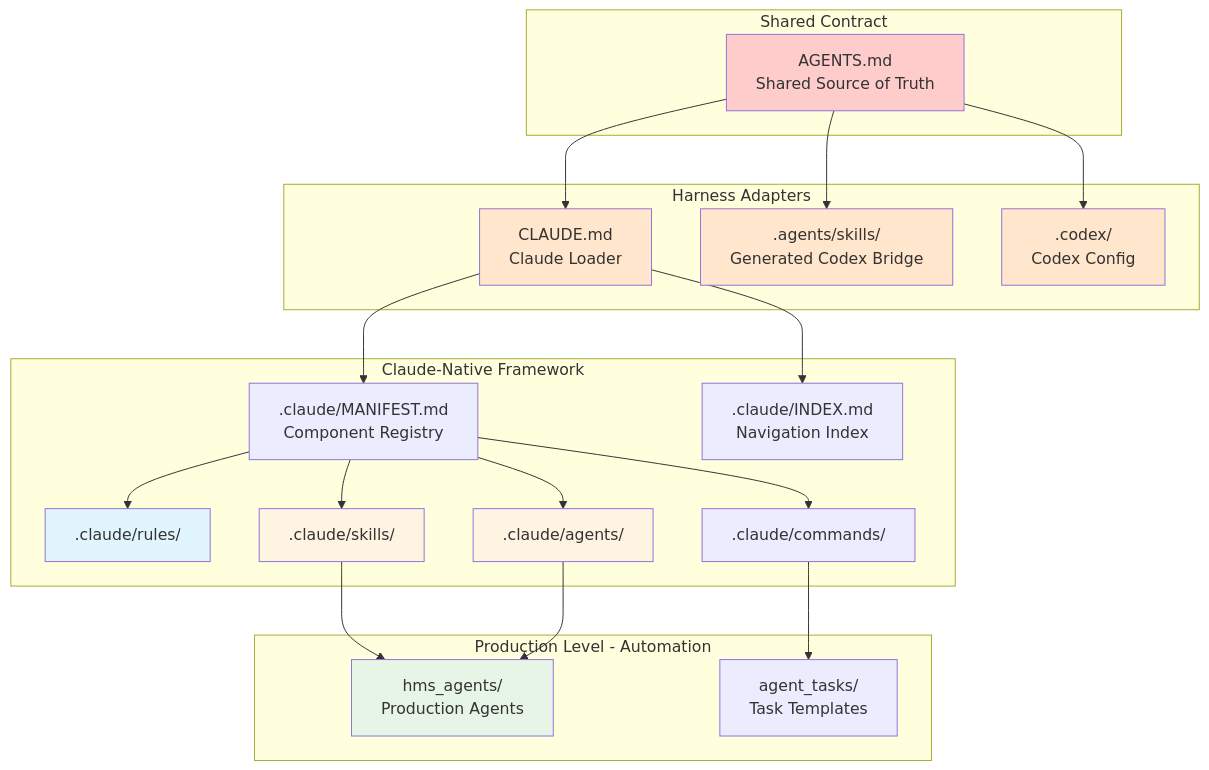
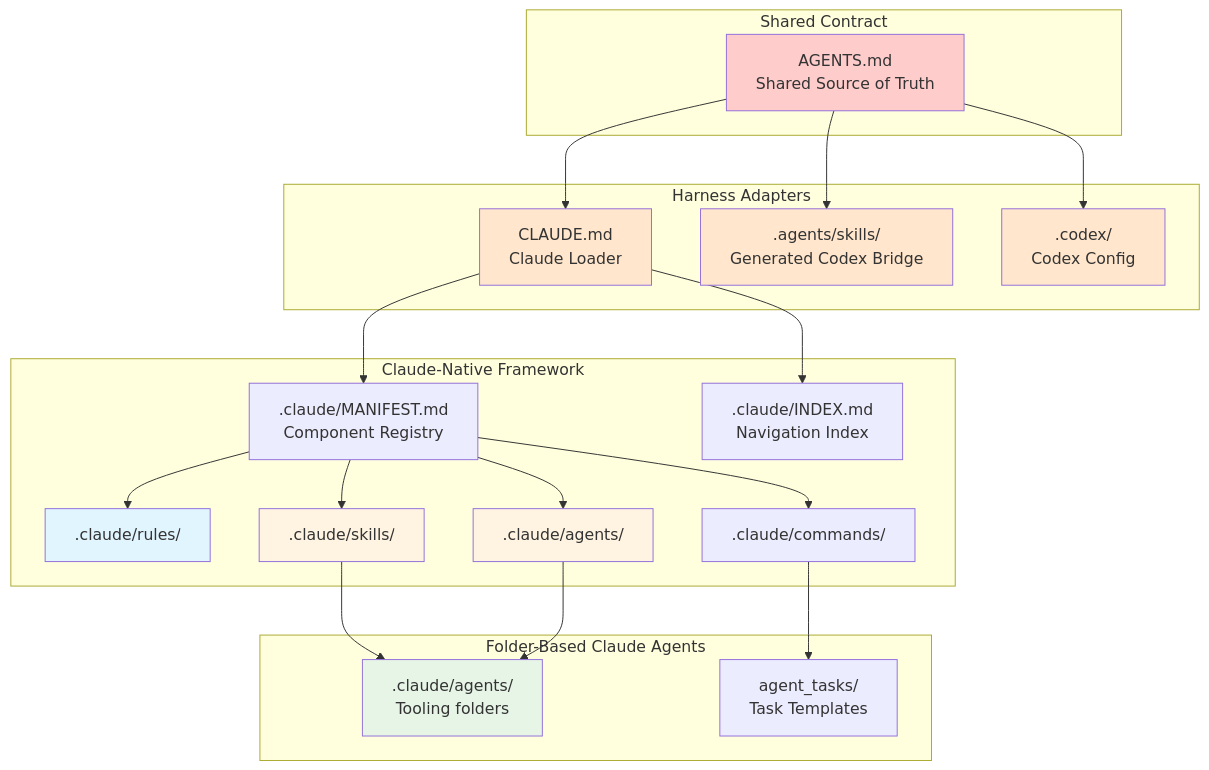
The first of 6 diagrams in docs/llm_dev/cognitive_architecture.md (gpt-cmdr/hms-commander), drawn with Mermaid before and after one commit. The commit also changed other lines of this file and 43 other files, not shown here.

````diff
--- a/docs/llm_dev/cognitive_architecture.md
+++ b/docs/llm_dev/cognitive_architecture.md
@@ -15,48 +15,48 @@
 ```mermaid
 graph TB
     subgraph "Shared Contract"
         A[AGENTS.md<br/>Shared Source of Truth]
     end
 
     subgraph "Harness Adapters"
         B[CLAUDE.md<br/>Claude Loader]
         C[.agents/skills/<br/>Generated Codex Bridge]
         D[.codex/<br/>Codex Config]
     end
 
     subgraph "Claude-Native Framework"
         E[.claude/MANIFEST.md<br/>Component Registry]
         F[.claude/INDEX.md<br/>Navigation Index]
         G[.claude/rules/]
         H[.claude/skills/]
         I[.claude/agents/]
         J[.claude/commands/]
     end
 
-    subgraph "Production Level - Automation"
-        K[hms_agents/<br/>Production Agents]
+    subgraph "Folder-Based Claude Agents"
+        K[.claude/agents/<br/>Tooling folders]
         L[agent_tasks/<br/>Task Templates]
     end
 
     A --> B
     A --> C
     A --> D
     B --> E
     B --> F
     E --> G
     E --> H
     E --> I
     E --> J
     H --> K
     I --> K
     J --> L
 
     style A fill:#ffcccc
     style B fill:#ffe6cc
     style C fill:#ffe6cc
     style D fill:#ffe6cc
     style G fill:#e1f5ff
     style H fill:#fff4e1
     style I fill:#fff4e1
     style K fill:#e7f5e7
 ```
````
